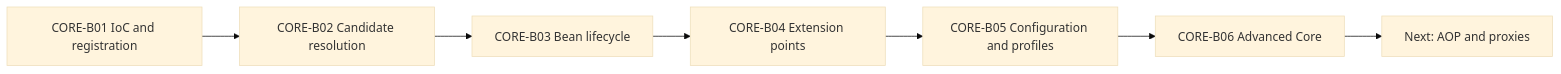
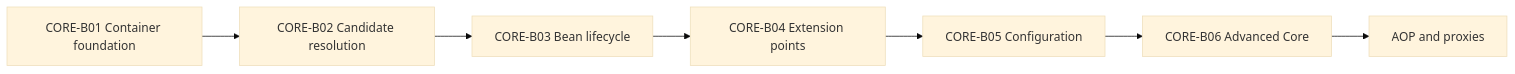
One commit to alimbetov/obsidian changed the diagram in 30_CERTIFICATIONS/Spring/2V0-72.22/Spring Core Card Roadmap.md. Above: the diagram before and after it, drawn with Mermaid (base theme). The commit also changed other lines of this file, not shown here.

Commit message:
docs: normalize Spring Core route cross-links

````diff
--- a/30_CERTIFICATIONS/Spring/2V0-72.22/Spring Core Card Roadmap.md
+++ b/30_CERTIFICATIONS/Spring/2V0-72.22/Spring Core Card Roadmap.md
@@ -46,9 +52,9 @@
 ```mermaid
 flowchart LR
-    B1[CORE-B01 IoC and registration] --> B2[CORE-B02 Candidate resolution]
-    B2 --> B3[CORE-B03 Bean lifecycle]
-    B3 --> B4[CORE-B04 Extension points]
-    B4 --> B5[CORE-B05 Configuration and profiles]
-    B5 --> B6[CORE-B06 Advanced Core]
-    B6 --> AOP[Next: AOP and proxies]
+    B1["CORE-B01 Container foundation"] --> B2["CORE-B02 Candidate resolution"]
+    B2 --> B3["CORE-B03 Bean lifecycle"]
+    B3 --> B4["CORE-B04 Extension points"]
+    B4 --> B5["CORE-B05 Configuration"]
+    B5 --> B6["CORE-B06 Advanced Core"]
+    B6 --> AOP["AOP and proxies"]
 ```
````
